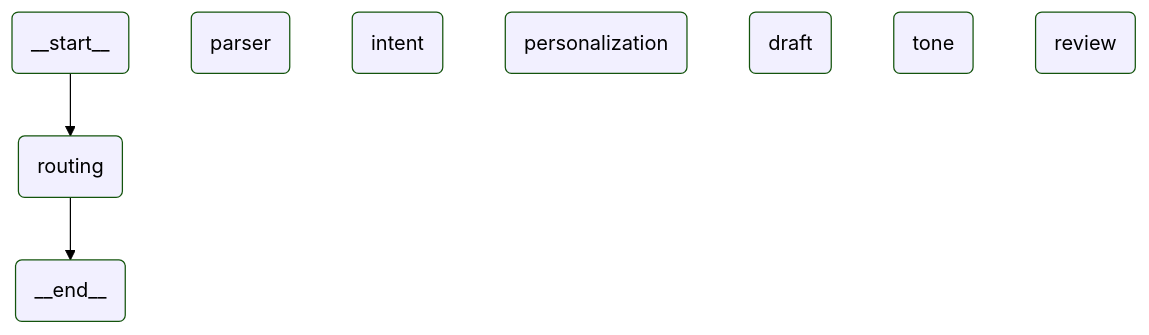
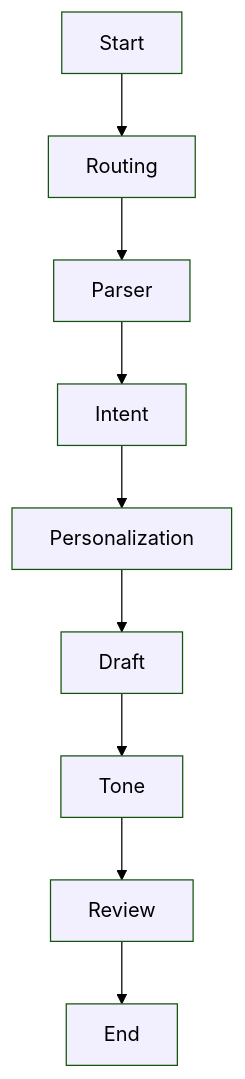
Before and after one commit to smasoudn/MailMind: the diagram in README.md, drawn with Mermaid (forest theme). The commit also changed other lines of this file, not shown here.

````diff
--- a/README.md
+++ b/README.md
@@ -1,17 +1,28 @@
 ```mermaid
-graph TD;
-	__start__(<p>__start__</p>)
-	routing(routing)
-	parser(parser)
-	intent(intent)
-	personalization(personalization)
-	draft(draft)
-	tone(tone)
-	review(review)
-	__end__(<p>__end__</p>)
-	__start__ --> routing;
-	routing --> __end__;
+---
+config:
+  flowchart:
+    curve: linear
+---
+graph TD
+	Start["Start"]
+	Routing["Routing"]
+	Parser["Parser"]
+	Intent["Intent"]
+	Personalization["Personalization"]
+	Draft["Draft"]
+	Tone["Tone"]
+	Review["Review"]
+	End["End"]
+	Start --> Routing;
+	Routing --> Parser;
+	Parser --> Intent;
+	Intent --> Personalization;
+	Personalization --> Draft;
+	Draft --> Tone;
+	Tone --> Review;
+	Review --> End;
 	classDef default fill:#f2f0ff,line-height:1.2
 	classDef first fill-opacity:0
 	classDef last fill:#bfb6fc
 ```
````
